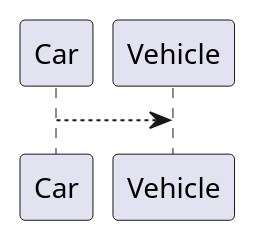
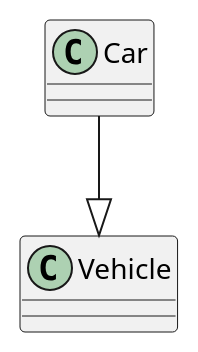
One commit to orcalinux/embedded-linux-diploma changed the ninth of 18 diagrams in 03-modern-cpp/session07/03.plantuml_class_diagram_guide_library_system.md. Above: the diagram before and after it, drawn with PlantUML. The commit also changed other lines of this file, not shown here.

````diff
--- a/03-modern-cpp/session07/03.plantuml_class_diagram_guide_library_system.md
+++ b/03-modern-cpp/session07/03.plantuml_class_diagram_guide_library_system.md
@@ -206,3 +206,3 @@
 ```plantuml
-Car --> Vehicle
+Car --|> Vehicle
 ```
````
